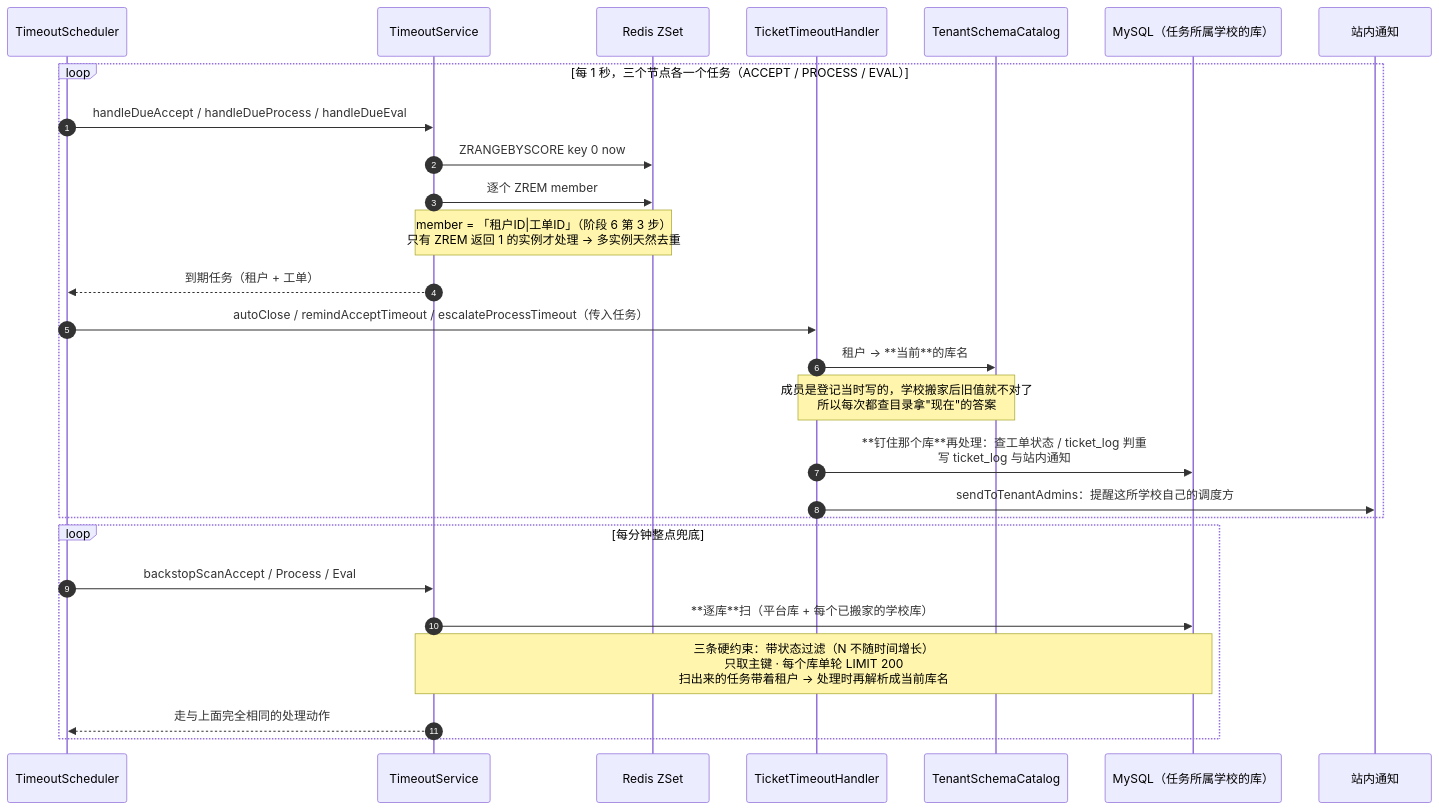
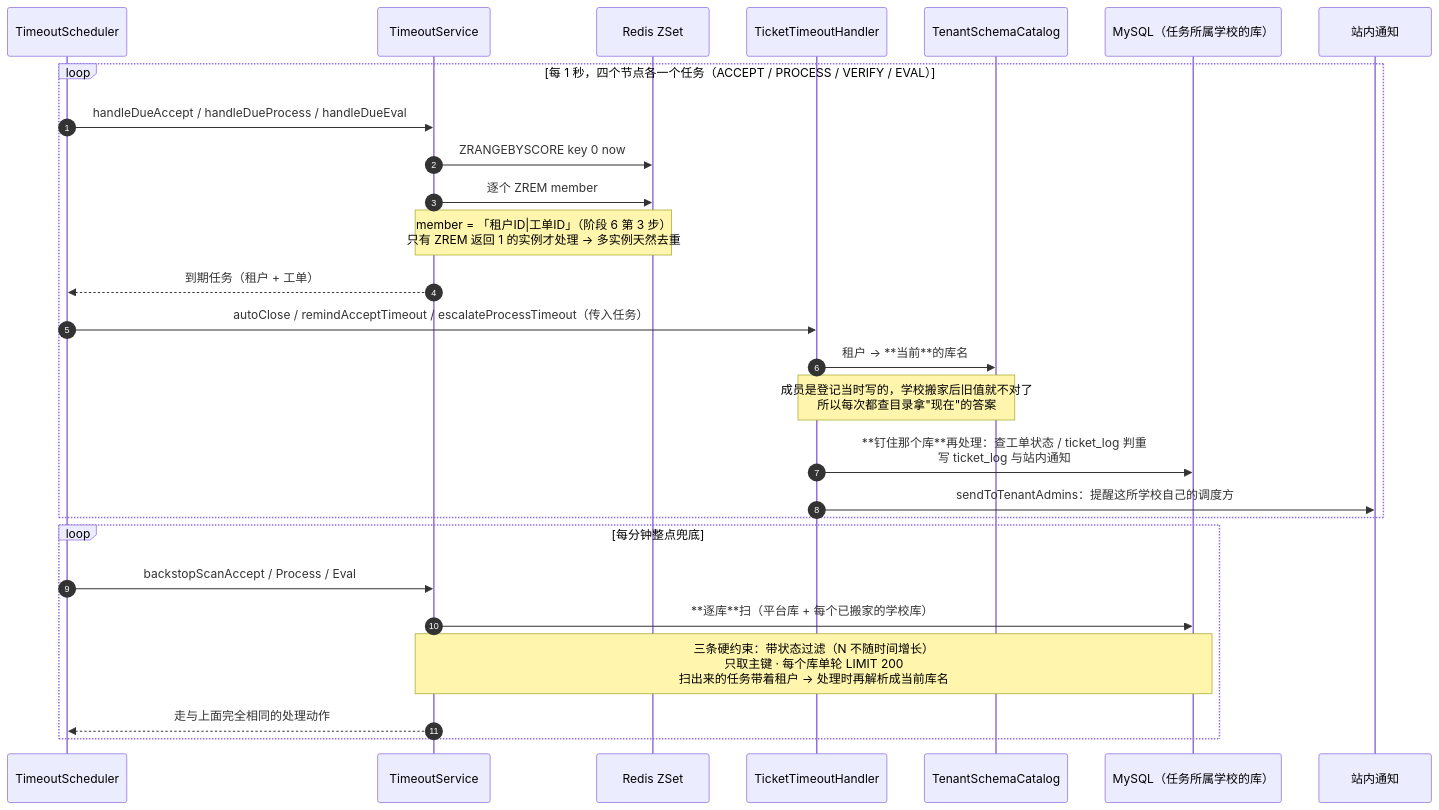
Before and after one commit to bluemalic/repair-platform: the tenth of 14 diagrams in docs/06-架构图.md, drawn with Mermaid. The commit also changed other lines of this file and 24 other files, not shown here.

````diff
--- a/docs/06-架构图.md
+++ b/docs/06-架构图.md
@@ -502,31 +502,31 @@
 ```mermaid
 sequenceDiagram
     autonumber
     participant T as TimeoutScheduler
     participant TS as TimeoutService
     participant R as Redis ZSet
     participant TI as TicketTimeoutHandler
     participant CAT as TenantSchemaCatalog
     participant DB as MySQL（任务所属学校的库）
     participant N as 站内通知
 
-    loop 每 1 秒，三个节点各一个任务（ACCEPT / PROCESS / EVAL）
+    loop 每 1 秒，四个节点各一个任务（ACCEPT / PROCESS / VERIFY / EVAL）
         T->>TS: handleDueAccept / handleDueProcess / handleDueEval
         TS->>R: ZRANGEBYSCORE key 0 now
         TS->>R: 逐个 ZREM member
         Note over TS,R: member = 「租户ID|工单ID」（阶段 6 第 3 步）<br/>只有 ZREM 返回 1 的实例才处理 → 多实例天然去重
         TS-->>T: 到期任务（租户 + 工单）
         T->>TI: autoClose / remindAcceptTimeout / escalateProcessTimeout（传入任务）
         TI->>CAT: 租户 → **当前**的库名
         Note over TI,CAT: 成员是登记当时写的，学校搬家后旧值就不对了<br/>所以每次都查目录拿"现在"的答案
         TI->>DB: **钉住那个库**再处理：查工单状态 / ticket_log 判重<br/>写 ticket_log 与站内通知
         TI->>N: sendToTenantAdmins：提醒这所学校自己的调度方
     end
 
     loop 每分钟整点兜底
         T->>TS: backstopScanAccept / Process / Eval
         TS->>DB: **逐库**扫（平台库 + 每个已搬家的学校库）
         Note over TS,DB: 三条硬约束：带状态过滤（N 不随时间增长）<br/>只取主键 · 每个库单轮 LIMIT 200<br/>扫出来的任务带着租户 → 处理时再解析成当前库名
         TS-->>T: 走与上面完全相同的处理动作
     end
 ```
````
